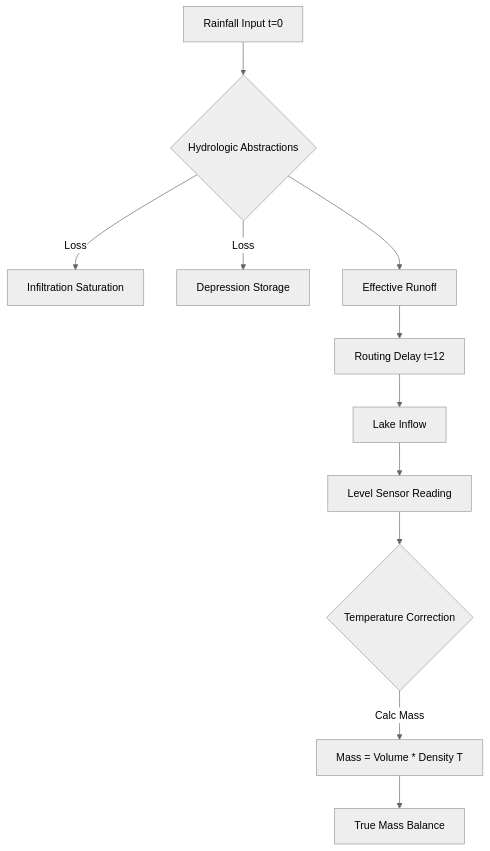
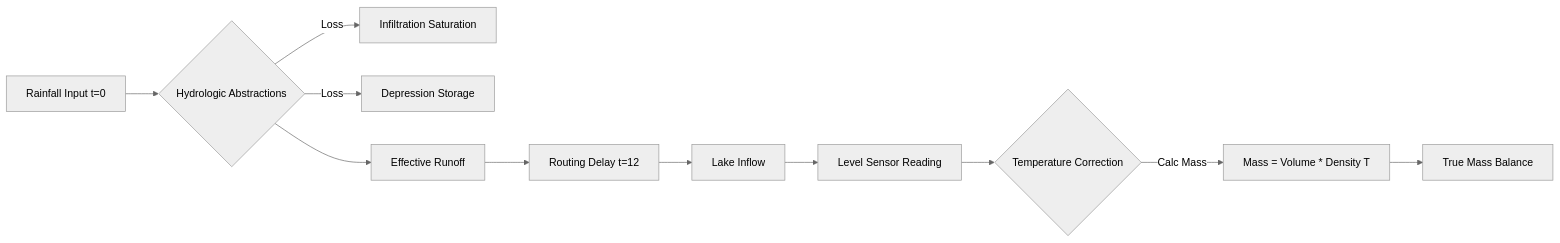
The third of 3 diagrams in readme.md (Sujal-py3/Leetcode), drawn with Mermaid (neutral theme) before and after one commit. The commit also changed other lines of this file, not shown here.

````diff
--- a/readme.md
+++ b/readme.md
@@ -43,13 +43,13 @@
 ```mermaid
-graph TD
+graph LR
     A[Rainfall Input t=0] --> B{Hydrologic Abstractions}
     B -->|Loss| C[Infiltration Saturation]
     B -->|Loss| D[Depression Storage]
     B --> E[Effective Runoff]
     E --> F[Routing Delay t=12]
     F --> G[Lake Inflow]
     G --> H[Level Sensor Reading]
     H --> I{Temperature Correction}
     I -->|Calc Mass| J[Mass = Volume * Density T]
     J --> K[True Mass Balance]
 ```
````
